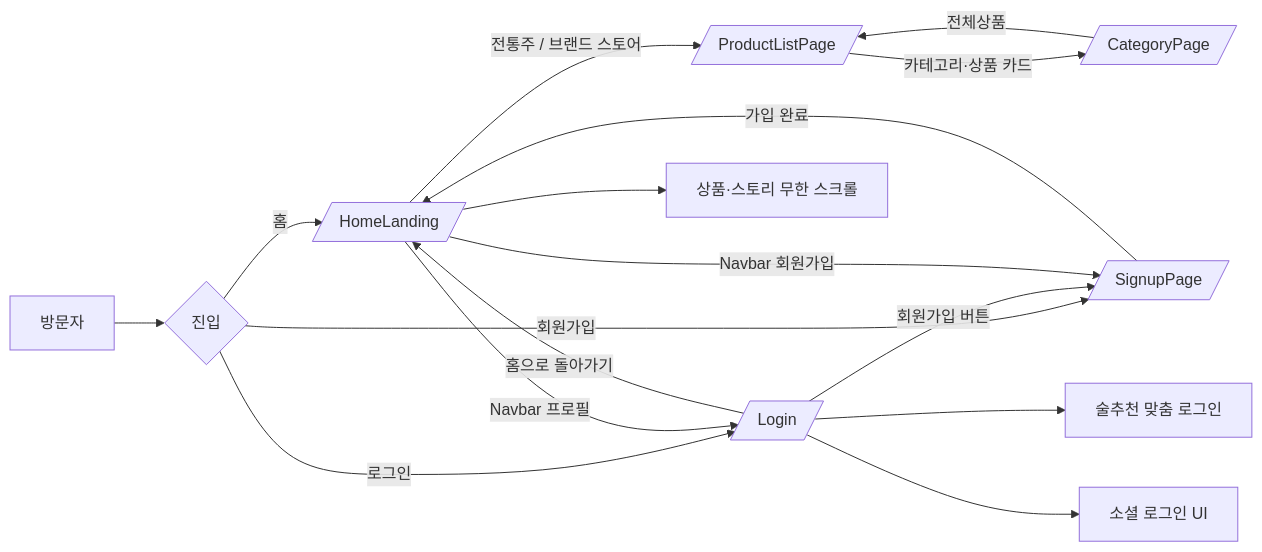
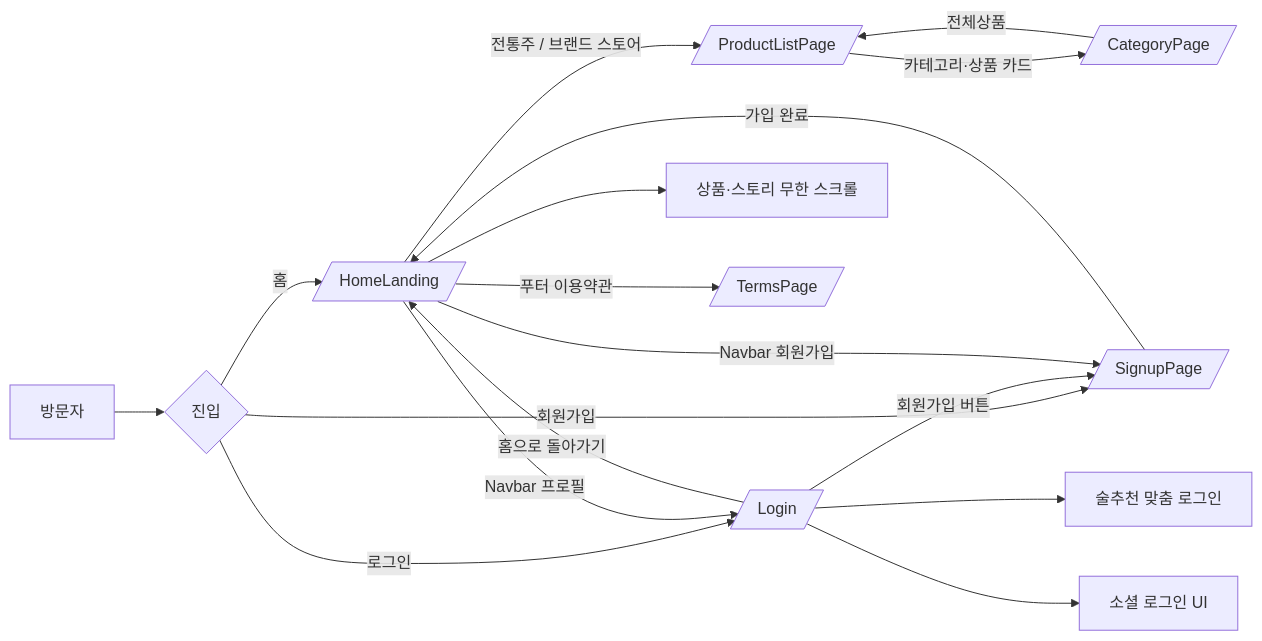
One commit to zyansuh/bitdam changed the first of 3 diagrams in README.md. Above: the diagram before and after it, drawn with Mermaid. The commit also changed other lines of this file, not shown here.

First line of the commit message:
docs(readme): document /terms operating policy

````diff
--- a/README.md
+++ b/README.md
@@ -81,18 +82,19 @@
 ```mermaid
 flowchart LR
     A[방문자] --> B{진입}
     B -->|홈| C[/ HomeLanding /]
     B -->|로그인| D[/ Login /]
     B -->|회원가입| S[/ SignupPage /]
     D -->|회원가입 버튼| S
     C -->|Navbar 회원가입| S
     S -->|가입 완료| C
     C -->|전통주 / 브랜드 스토어| H[/ ProductListPage /]
     C -->|Navbar 프로필| D
     H -->|카테고리·상품 카드| I[/ CategoryPage /]
     I -->|전체상품| H
     D -->|홈으로 돌아가기| C
     C --> E[상품·스토리 무한 스크롤]
+    C -->|푸터 이용약관| T[/ TermsPage /]
     D --> F[술추천 맞춤 로그인]
     D --> G[소셜 로그인 UI]
 ```
````
